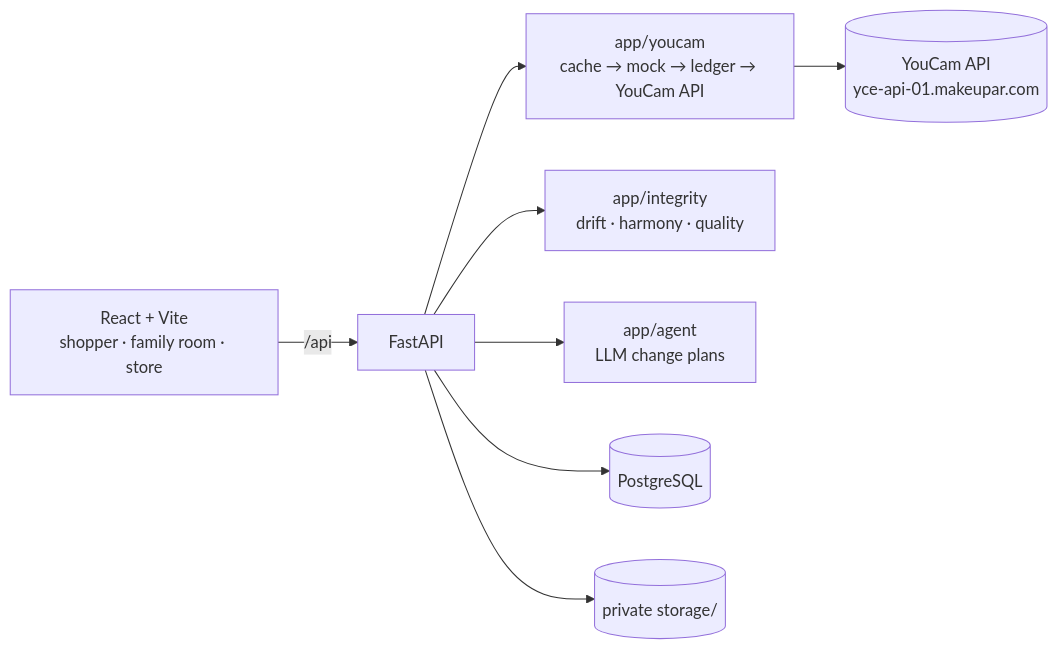
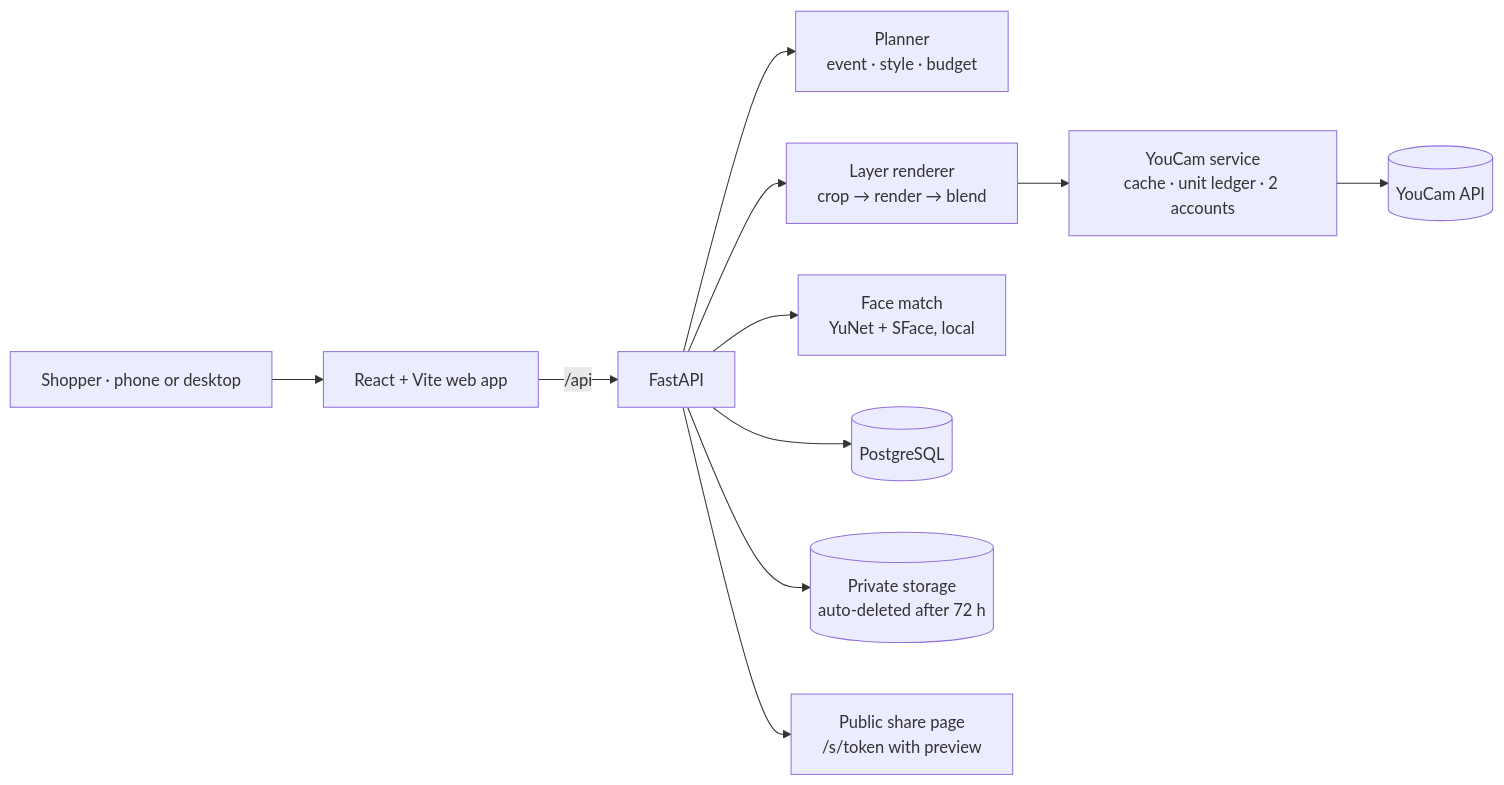
Before and after one commit to DevDaring/YouCam_Hackathon: the diagram in README.md, drawn with Mermaid. The commit also changed other lines of this file, not shown here.

Commit message:
Rewrite README: accurate features, YouCam APIs, how it works, MIT license and third-party notices

````diff
--- a/README.md
+++ b/README.md
@@ -40,10 +93,13 @@
 ```mermaid
 flowchart LR
-  B[React + Vite<br/>shopper · family room · store] -->|/api| A[FastAPI]
-  A --> Y[app/youcam<br/>cache → mock → ledger → YouCam API]
-  A --> I[app/integrity<br/>drift · harmony · quality]
-  A --> G[app/agent<br/>LLM change plans]
-  A --> P[(PostgreSQL)]
-  A --> S[(private storage/)]
-  Y --> YC[(YouCam API<br/>yce-api-01.makeupar.com)]
+  U[Shopper · phone or desktop] --> W[React + Vite web app]
+  W -->|/api| A[FastAPI]
+  A --> P[Planner<br/>event · style · budget]
+  A --> R[Layer renderer<br/>crop → render → blend]
+  A --> F[Face match<br/>YuNet + SFace, local]
+  R --> Y[YouCam service<br/>cache · unit ledger · 2 accounts]
+  Y --> YC[(YouCam API)]
+  A --> DB[(PostgreSQL)]
+  A --> S[(Private storage<br/>auto-deleted after 72 h)]
+  A --> SH[Public share page<br/>/s/token with preview]
 ```
````
